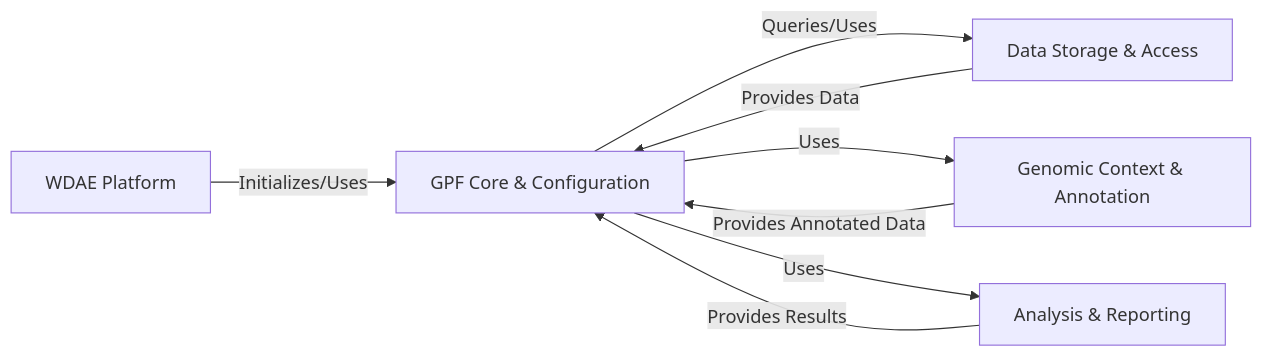
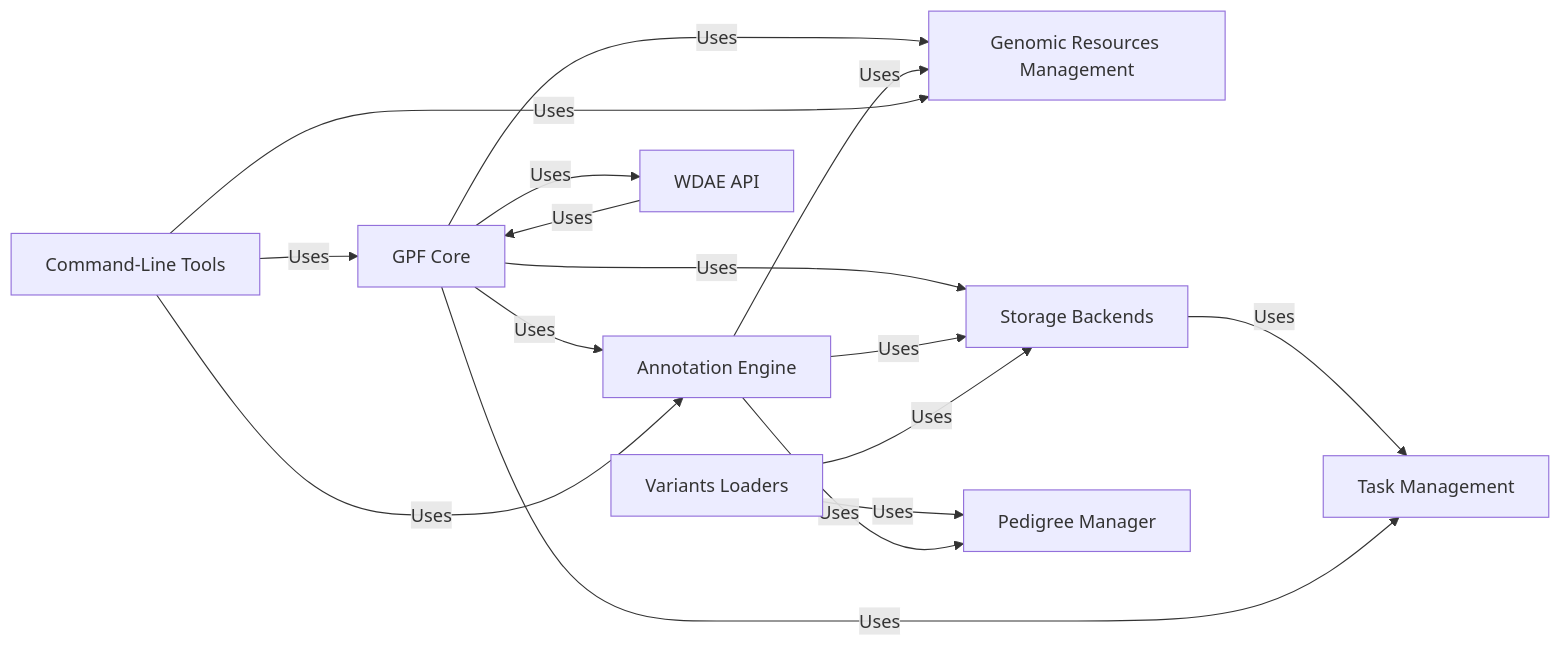
Before and after one commit to CodeBoarding/GeneratedOnBoardings: the diagram in gpf/on_boarding.md, drawn with Mermaid. The commit also changed other lines of this file and 14 other files, not shown here.

````diff
--- a/gpf/on_boarding.md
+++ b/gpf/on_boarding.md
@@ -7,16 +1,36 @@
 ```mermaid
 graph LR
-    A[WDAE Platform] -- "Initializes/Uses" --> B[GPF Core & Configuration]
-    B -- "Queries/Uses" --> C[Data Storage & Access]
-    B -- "Uses" --> D[Genomic Context & Annotation]
-    B -- "Uses" --> E[Analysis & Reporting]
-    C -- "Provides Data" --> B
-    D -- "Provides Annotated Data" --> B
-    E -- "Provides Results" --> B
-
-click A href "https://github.com/CodeBoarding/GeneratedOnBoardings/blob/main/gpf//WDAE%20Platform.md"
-click B href "https://github.com/CodeBoarding/GeneratedOnBoardings/blob/main/gpf//GPF%20Core%20&%20Configuration.md"
-click C href "https://github.com/CodeBoarding/GeneratedOnBoardings/blob/main/gpf//Data%20Storage%20&%20Access.md"
-click D href "https://github.com/CodeBoarding/GeneratedOnBoardings/blob/main/gpf//Genomic%20Context%20&%20Annotation.md"
-click E href "https://github.com/CodeBoarding/GeneratedOnBoardings/blob/main/gpf//Analysis%20&%20Reporting.md"
+    GPF_Core["GPF Core"]
+    Genomic_Resources_Management["Genomic Resources Management"]
+    Annotation_Engine["Annotation Engine"]
+    Storage_Backends["Storage Backends"]
+    Variants_Loaders["Variants Loaders"]
+    Pedigree_Manager["Pedigree Manager"]
+    WDAE_API["WDAE API"]
+    Task_Management["Task Management"]
+    Command_Line_Tools["Command-Line Tools"]
+    GPF_Core -- "Uses" --> Genomic_Resources_Management
+    GPF_Core -- "Uses" --> Annotation_Engine
+    GPF_Core -- "Uses" --> Storage_Backends
+    Annotation_Engine -- "Uses" --> Genomic_Resources_Management
+    Annotation_Engine -- "Uses" --> Storage_Backends
+    Storage_Backends -- "Uses" --> Task_Management
+    Variants_Loaders -- "Uses" --> Pedigree_Manager
+    WDAE_API -- "Uses" --> GPF_Core
+    Command_Line_Tools -- "Uses" --> GPF_Core
+    Command_Line_Tools -- "Uses" --> Annotation_Engine
+    Command_Line_Tools -- "Uses" --> Genomic_Resources_Management
+    GPF_Core -- "Uses" --> WDAE_API
+    Annotation_Engine -- "Uses" --> Pedigree_Manager
+    GPF_Core -- "Uses" --> Task_Management
+    Variants_Loaders -- "Uses" --> Storage_Backends
+    click GPF_Core href "https://github.com/CodeBoarding/GeneratedOnBoardings/blob/main/gpf/GPF Core.md" "Details"
+    click Genomic_Resources_Management href "https://github.com/CodeBoarding/GeneratedOnBoardings/blob/main/gpf/Genomic Resources Management.md" "Details"
+    click Annotation_Engine href "https://github.com/CodeBoarding/GeneratedOnBoardings/blob/main/gpf/Annotation Engine.md" "Details"
+    click Storage_Backends href "https://github.com/CodeBoarding/GeneratedOnBoardings/blob/main/gpf/Storage Backends.md" "Details"
+    click Variants_Loaders href "https://github.com/CodeBoarding/GeneratedOnBoardings/blob/main/gpf/Variants Loaders.md" "Details"
+    click Pedigree_Manager href "https://github.com/CodeBoarding/GeneratedOnBoardings/blob/main/gpf/Pedigree Manager.md" "Details"
+    click WDAE_API href "https://github.com/CodeBoarding/GeneratedOnBoardings/blob/main/gpf/WDAE API.md" "Details"
+    click Task_Management href "https://github.com/CodeBoarding/GeneratedOnBoardings/blob/main/gpf/Task Management.md" "Details"
+    click Command_Line_Tools href "https://github.com/CodeBoarding/GeneratedOnBoardings/blob/main/gpf/Command-Line Tools.md" "Details"
 ```
````
